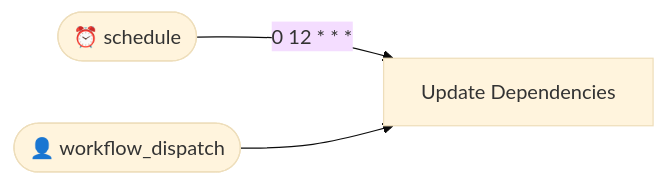
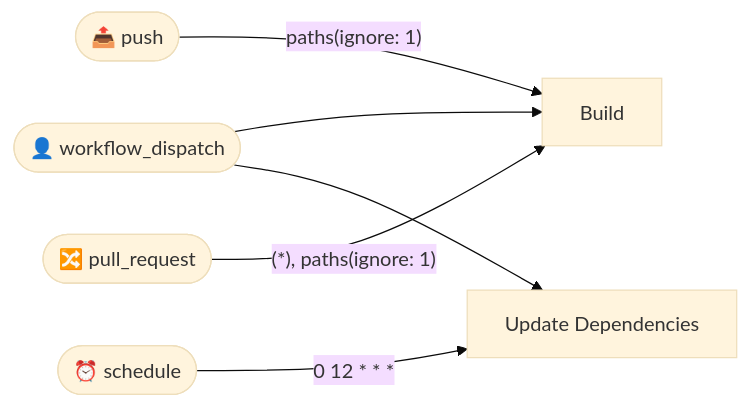
One commit to typeflows/typeflows changed the diagram in .github/typeflows/README.md. Above: the diagram before and after it, drawn with Mermaid (base theme). The commit also changed other lines of this file and 2 other files, not shown here.

Commit message:
Upgrade typeflows

````diff
--- a/.github/typeflows/README.md
+++ b/.github/typeflows/README.md
@@ -3,8 +3,14 @@
 ```mermaid
 flowchart LR
+    workflowdispatch(["👤 workflow_dispatch"])
+    push(["📤 push"])
+    pullrequest(["🔀 pull_request"])
     schedule(["⏰ schedule"])
-    workflowdispatch(["👤 workflow_dispatch"])
+    buildyml["Build"]
     updatedependenciesyml["Update Dependencies"]
+    workflowdispatch --> buildyml
+    workflowdispatch --> updatedependenciesyml
+    push -->|"paths(ignore: 1)"|buildyml
+    pullrequest -->|"(*), paths(ignore: 1)"|buildyml
     schedule -->|"0 12 * * *"|updatedependenciesyml
-    workflowdispatch --> updatedependenciesyml
 ```
````
